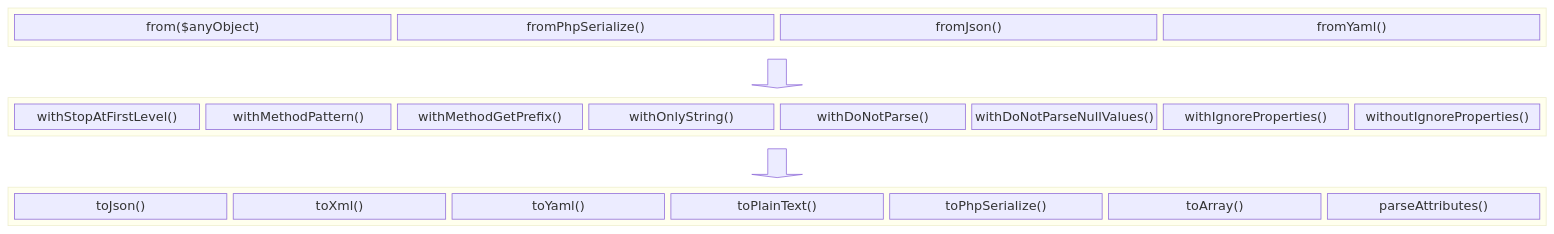
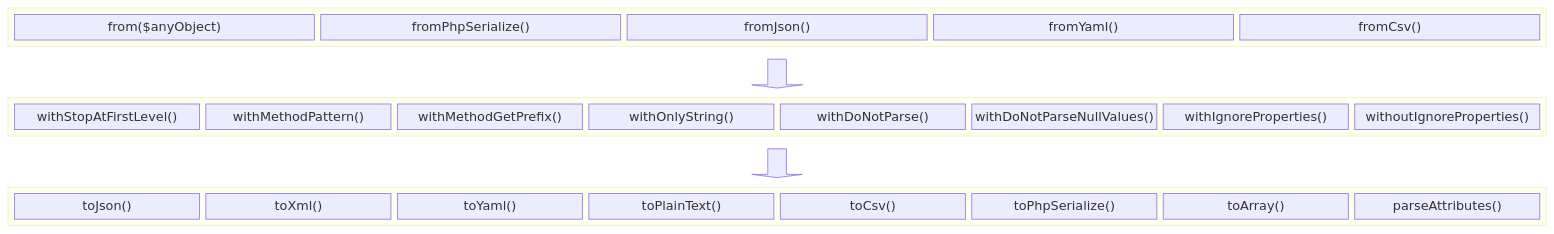
The diagram in docs/serialize.md (byjg/php-serializer), drawn with Mermaid before and after one commit. The commit also changed other lines of this file and 3 other files, not shown here.

````diff
--- a/docs/serialize.md
+++ b/docs/serialize.md
@@ -13,35 +13,37 @@
 ```mermaid
 block-beta
 columns 1
     block:ID
         f1["from($anyObject)"]
         f2["fromPhpSerialize()"]
         f3["fromJson()"]
         f4["fromYaml()"]
+        f5["fromCsv()"]
     end
-    
+
     down<["&nbsp;&nbsp;&nbsp;"]>(down)
-    
+
     block:Transformers
         t1["withStopAtFirstLevel()"]
         t2["withMethodPattern()"]
         t3["withMethodGetPrefix()"]
         t4["withOnlyString()"]
         t5["withDoNotParse()"]
         t6["withDoNotParseNullValues()"]
         t7["withIgnoreProperties()"]
         t8["withoutIgnoreProperties()"]
     end
 
     down2<["&nbsp;&nbsp;&nbsp;"]>(down)
 
     block:Output
         o1["toJson()"]
         o2["toXml()"]
         o3["toYaml()"]
         o4["toPlainText()"]
-        o5["toPhpSerialize()"]
-        o6["toArray()"]
-        o7["parseAttributes()"]
+        o5["toCsv()"]
+        o6["toPhpSerialize()"]
+        o7["toArray()"]
+        o8["parseAttributes()"]
     end
 ```
````
